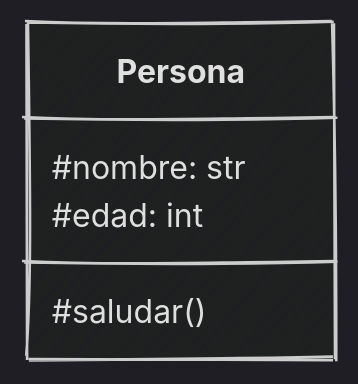
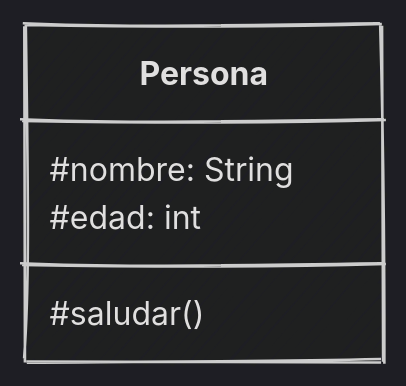
Before and after one commit to python-la-paz/python-study-group-oop: the fourth of 12 diagrams in content/sesion04/Readme.md, drawn with Mermaid. The commit also changed other lines of this file and 4 other files, not shown here.

````diff
--- a/content/sesion04/Readme.md
+++ b/content/sesion04/Readme.md
@@ -392,9 +420,9 @@
 ```mermaid
 %%{init: {"theme": "dark", "look": "handDrawn" }}%%
 classDiagram
     class Persona {
-        #nombre: str
+        #nombre: String
         #edad: int
         #saludar()
     }
 ```
````
